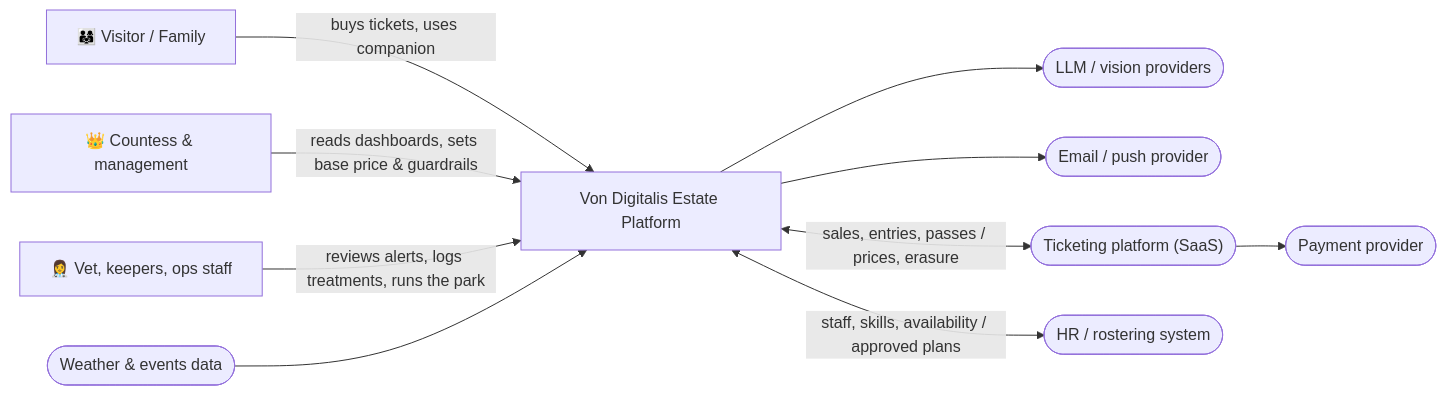
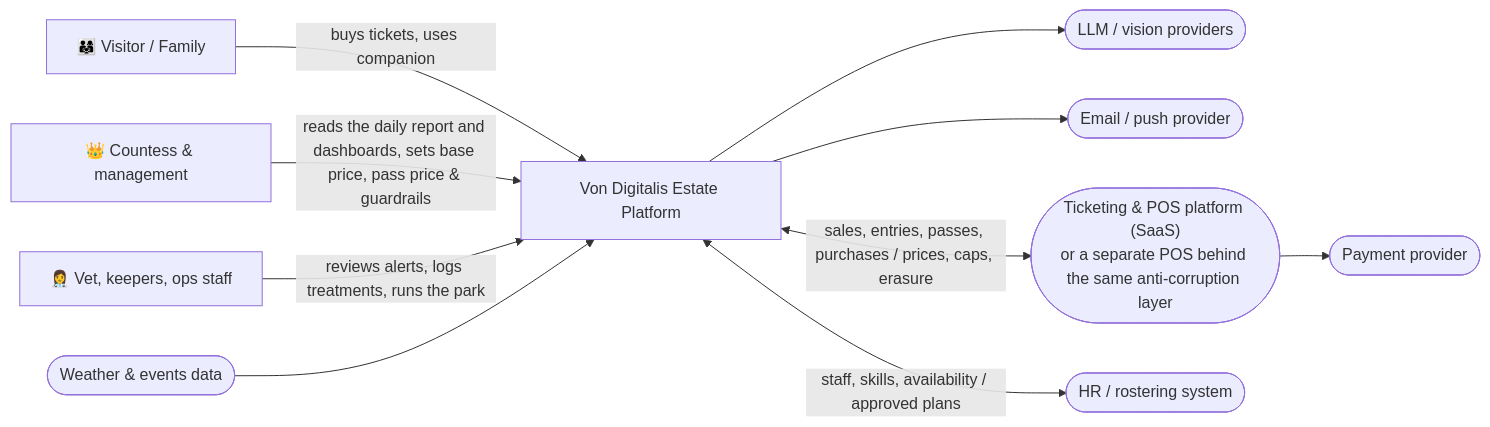
One commit to kr0k/katas changed the diagram in hld/README.md. Above: the diagram before and after it, drawn with Mermaid. The commit also changed other lines of this file and 25 other files, not shown here.

````diff
--- a/hld/README.md
+++ b/hld/README.md
@@ -39,23 +39,23 @@
 ```mermaid
 flowchart LR
     Visitor["👨‍👩‍👧 Visitor / Family"]
     Countess["👑 Countess & management"]
     Staff["👩‍⚕️ Vet, keepers, ops staff"]
     System["Von Digitalis Estate Platform"]
     Pay(["Payment provider"])
     LLM(["LLM / vision providers"])
     Msg(["Email / push provider"])
     Weather(["Weather & events data"])
-    TixSaaS(["Ticketing platform (SaaS)"])
+    TixSaaS(["Ticketing & POS platform (SaaS)<br/>or a separate POS behind the same anti-corruption layer"])
     HR(["HR / rostering system"])
 
     Visitor -- "buys tickets, uses companion" --> System
-    Countess -- "reads dashboards, sets base price & guardrails" --> System
+    Countess -- "reads the daily report and dashboards, sets base price, pass price & guardrails" --> System
     Staff -- "reviews alerts, logs treatments, runs the park" --> System
-    System <-- "sales, entries, passes / prices, erasure" --> TixSaaS
+    System <-- "sales, entries, passes, purchases / prices, caps, erasure" --> TixSaaS
     TixSaaS --> Pay
     System <-- "staff, skills, availability / approved plans" --> HR
     System --> LLM
     System --> Msg
     Weather --> System
 ```
````
